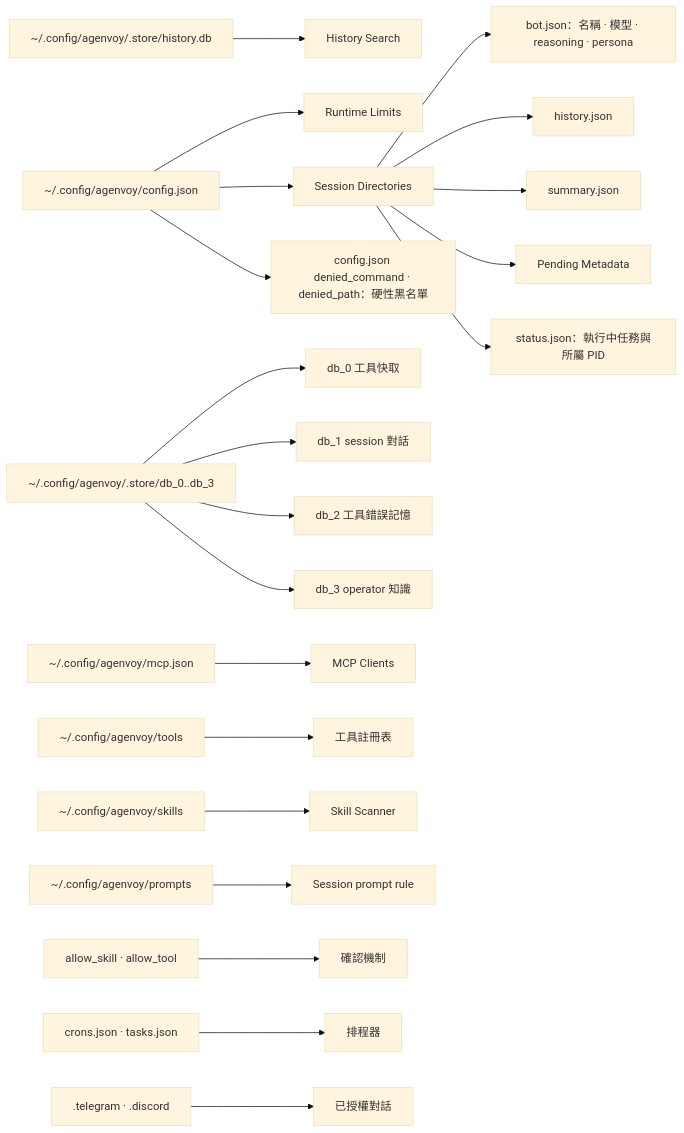
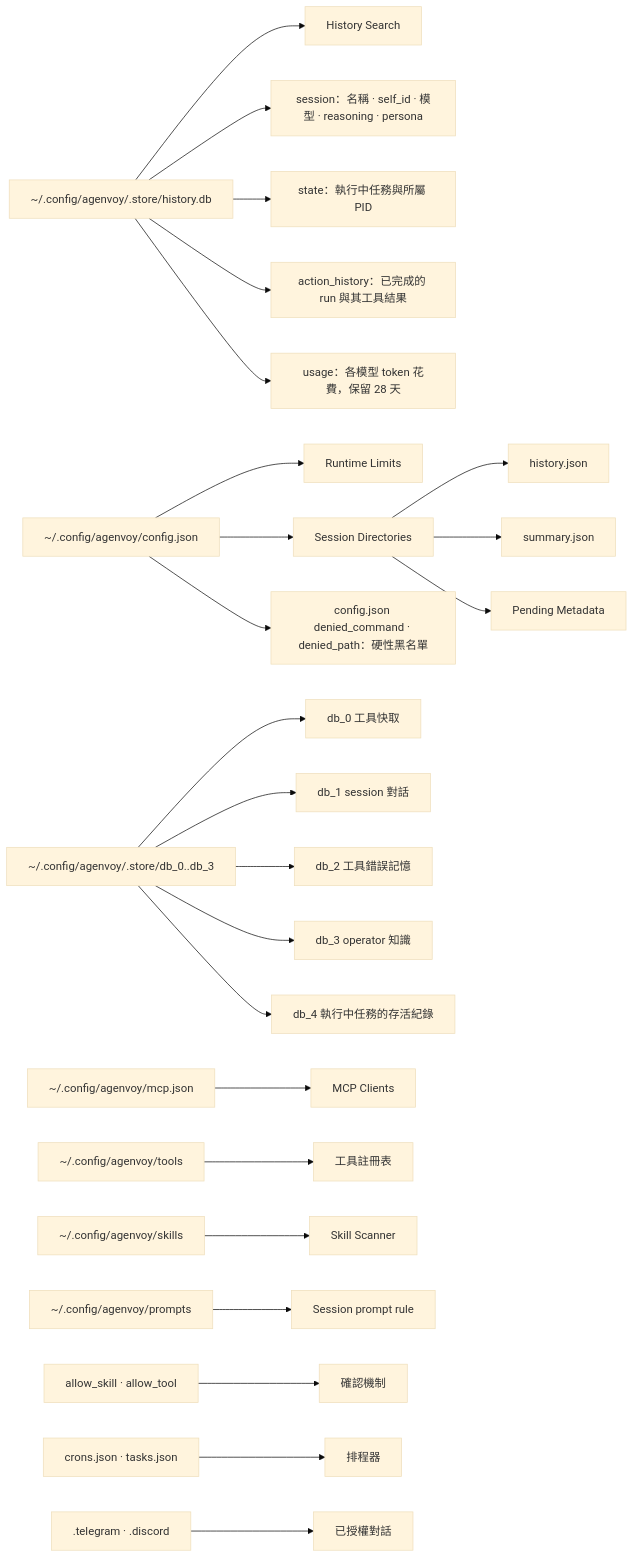
Before and after one commit to agenvoy/Agenvoy: diagram 12 of 12 in doc/architecture.zh.md, drawn with Mermaid (base theme). The commit also changed other lines of this file and 8 other files, not shown here.

````diff
--- a/doc/architecture.zh.md
+++ b/doc/architecture.zh.md
@@ -290,23 +289,26 @@
 ```mermaid
 flowchart LR
     Config[~/.config/agenvoy/config.json] --> Limits[Runtime Limits]
     Config --> Sessions[Session Directories]
-    Sessions --> Bot[bot.json：名稱 · 模型 · reasoning · persona]
     Sessions --> History[history.json]
     Sessions --> Summary[summary.json]
     Sessions --> Pending[Pending Metadata]
-    Sessions --> Status[status.json：執行中任務與所屬 PID]
     SQLite[~/.config/agenvoy/.store/history.db] --> Search[History Search]
+    SQLite --> SessionRow[session：名稱 · self_id · 模型 · reasoning · persona]
+    SQLite --> StateRow[state：執行中任務與所屬 PID]
+    SQLite --> ActionRow[action_history：已完成的 run 與其工具結果]
+    SQLite --> UsageRow[usage：各模型 token 花費，保留 28 天]
     Torii[~/.config/agenvoy/.store/db_0..db_3] --> ToolCache[db_0 工具快取]
     Torii --> SessionHist[db_1 session 對話]
     Torii --> ErrorMemory[db_2 工具錯誤記憶]
     Torii --> Knowledge[db_3 operator 知識]
+    Torii --> Online[db_4 執行中任務的存活紀錄]
     MCP[~/.config/agenvoy/mcp.json] --> MCPClients[MCP Clients]
     Tools[~/.config/agenvoy/tools] --> Registry[工具註冊表]
     Skills[~/.config/agenvoy/skills] --> Scanner[Skill Scanner]
     Prompts[~/.config/agenvoy/prompts] --> Rules[Session prompt rule]
     Allow[allow_skill · allow_tool] --> Gate[確認機制]
     Config --> CmdDeny[config.json denied_command · denied_path：硬性黑名單]
     Schedule[crons.json · tasks.json] --> Scheduler[排程器]
     Auth[.telegram · .discord] --> Channels[已授權對話]
 ```
````
